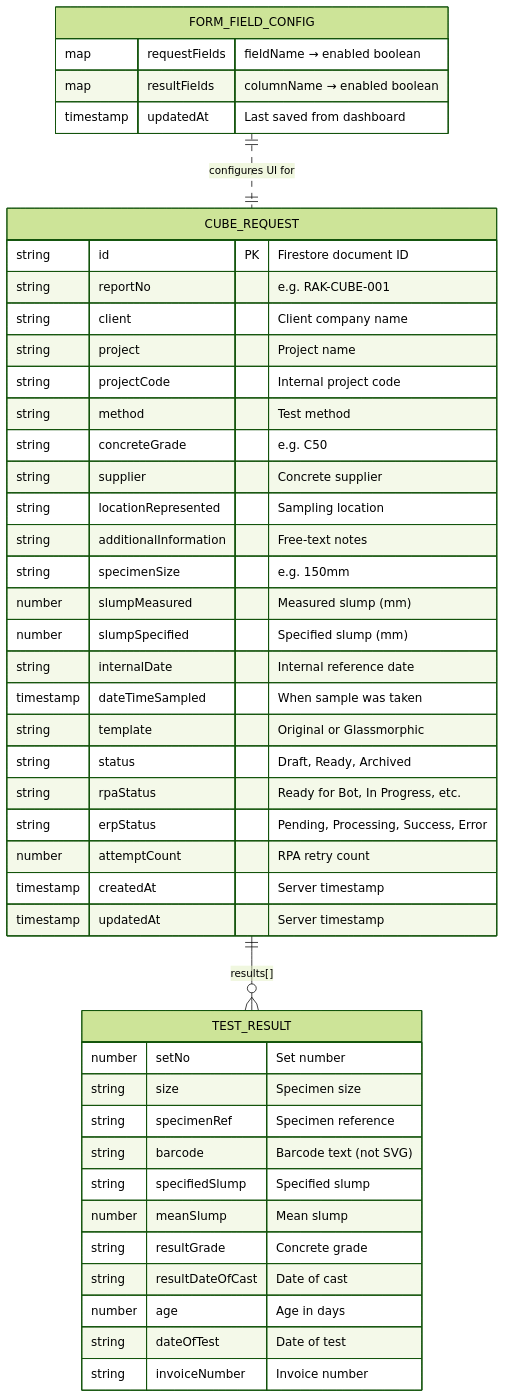
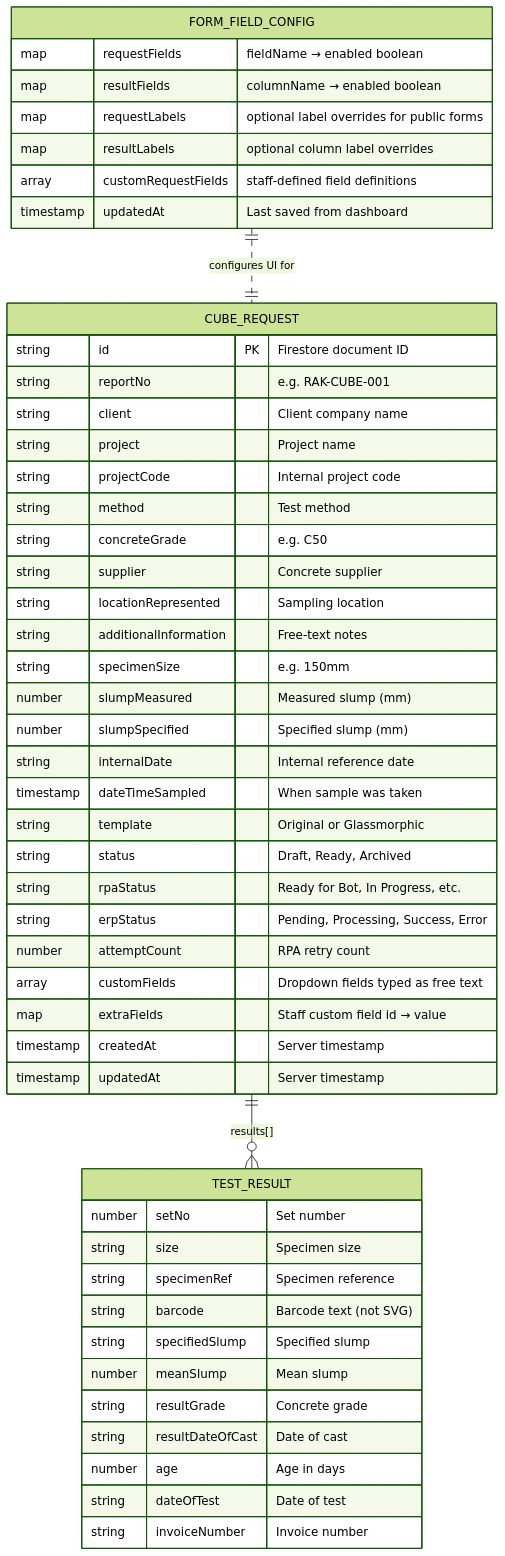
Before and after one commit to Yanguangchen/CubeSync: the ninth of 11 diagrams in documentation/architecture.md, drawn with Mermaid (forest theme). The commit also changed other lines of this file and 12 other files, not shown here.

````diff
--- a/documentation/architecture.md
+++ b/documentation/architecture.md
@@ -467,50 +478,55 @@
 ```mermaid
 erDiagram
     CUBE_REQUEST {
         string id PK "Firestore document ID"
         string reportNo "e.g. RAK-CUBE-001"
         string client "Client company name"
         string project "Project name"
         string projectCode "Internal project code"
         string method "Test method"
         string concreteGrade "e.g. C50"
         string supplier "Concrete supplier"
         string locationRepresented "Sampling location"
         string additionalInformation "Free-text notes"
         string specimenSize "e.g. 150mm"
         number slumpMeasured "Measured slump (mm)"
         number slumpSpecified "Specified slump (mm)"
         string internalDate "Internal reference date"
         timestamp dateTimeSampled "When sample was taken"
         string template "Original or Glassmorphic"
         string status "Draft, Ready, Archived"
         string rpaStatus "Ready for Bot, In Progress, etc."
         string erpStatus "Pending, Processing, Success, Error"
         number attemptCount "RPA retry count"
+        array customFields "Dropdown fields typed as free text"
+        map extraFields "Staff custom field id → value"
         timestamp createdAt "Server timestamp"
         timestamp updatedAt "Server timestamp"
     }
 
     TEST_RESULT {
         number setNo "Set number"
         string size "Specimen size"
         string specimenRef "Specimen reference"
         string barcode "Barcode text (not SVG)"
         string specifiedSlump "Specified slump"
         number meanSlump "Mean slump"
         string resultGrade "Concrete grade"
         string resultDateOfCast "Date of cast"
         number age "Age in days"
         string dateOfTest "Date of test"
         string invoiceNumber "Invoice number"
     }
 
     FORM_FIELD_CONFIG {
         map requestFields "fieldName → enabled boolean"
         map resultFields "columnName → enabled boolean"
+        map requestLabels "optional label overrides for public forms"
+        map resultLabels "optional column label overrides"
+        array customRequestFields "staff-defined field definitions"
         timestamp updatedAt "Last saved from dashboard"
     }
 
     CUBE_REQUEST ||--o{ TEST_RESULT : "results[]"
     FORM_FIELD_CONFIG ||..|| CUBE_REQUEST : "configures UI for"
 ```
````
